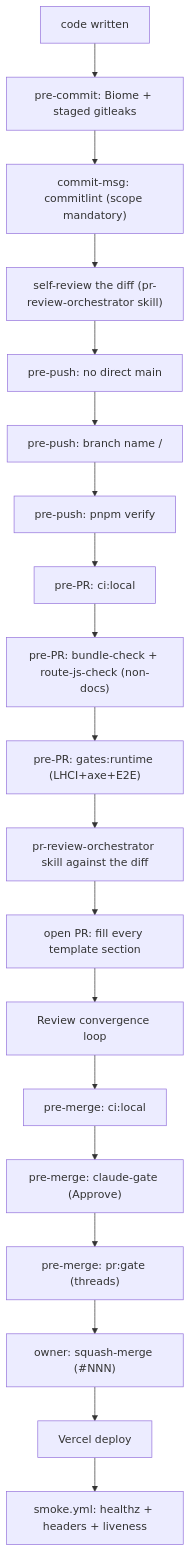
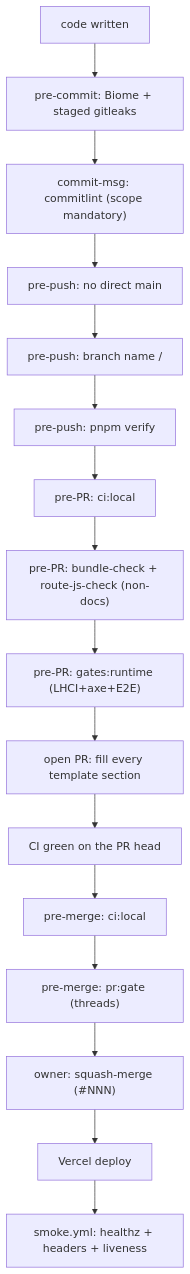
The first of 2 diagrams in docs/handbook/review-merge-release.md (erikunha/portfolio), drawn with Mermaid before and after one commit. The commit also changed other lines of this file and 3 other files, not shown here.

````diff
--- a/docs/handbook/review-merge-release.md
+++ b/docs/handbook/review-merge-release.md
@@ -7,21 +7,18 @@
 ```mermaid
 flowchart TD
     write["code written"] --> c1["pre-commit: Biome + staged gitleaks"]
     c1 --> c2["commit-msg: commitlint (scope mandatory)"]
-    c2 --> selfreview["self-review the diff (pr-review-orchestrator skill)"]
-    selfreview --> p1["pre-push: no direct main"]
+    c2 --> p1["pre-push: no direct main"]
     p1 --> p2["pre-push: branch name <type>/<desc>"]
     p2 --> p5["pre-push: pnpm verify"]
     p5 --> r1["pre-PR: ci:local"]
     r1 --> r2["pre-PR: bundle-check + route-js-check (non-docs)"]
     r2 --> r4["pre-PR: gates:runtime (LHCI+axe+E2E)"]
-    r4 --> r5["pr-review-orchestrator skill against the diff"]
-    r5 --> o1["open PR: fill every template section"]
-    o1 --> o2["Review convergence loop"]
+    r4 --> o1["open PR: fill every template section"]
+    o1 --> o2["CI green on the PR head"]
     o2 --> m1["pre-merge: ci:local"]
-    m1 --> m3["pre-merge: claude-gate (Approve)"]
-    m3 --> m4["pre-merge: pr:gate (threads)"]
+    m1 --> m4["pre-merge: pr:gate (threads)"]
     m4 --> merge["owner: squash-merge (#NNN)"]
     merge --> deploy["Vercel deploy"]
     deploy --> smoke["smoke.yml: healthz + headers + liveness"]
 ```
````
